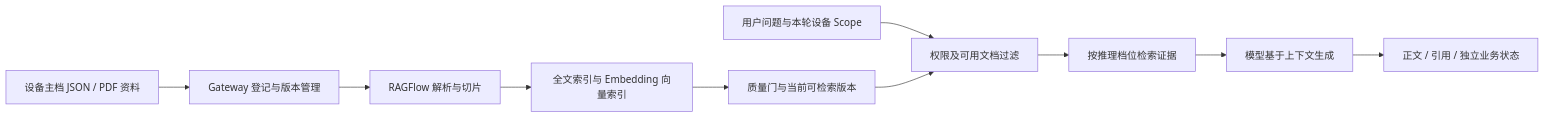
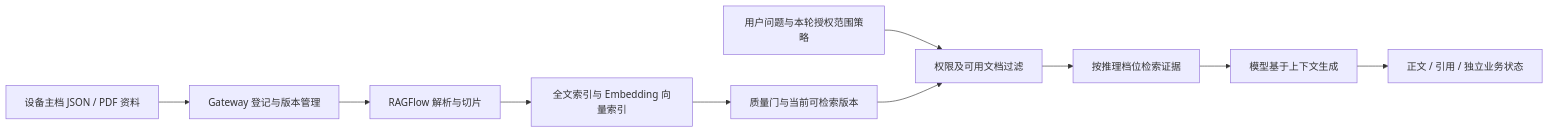
One commit to ZYF77/TYrag changed the first of 7 diagrams in docs/rag-current-guide.md. Above: the diagram before and after it, drawn with Mermaid. The commit also changed other lines of this file and 31 other files, not shown here.

````diff
--- a/docs/rag-current-guide.md
+++ b/docs/rag-current-guide.md
@@ -11,12 +11,12 @@
 ```mermaid
 flowchart LR
   A[设备主档 JSON / PDF 资料] --> B[Gateway 登记与版本管理]
   B --> C[RAGFlow 解析与切片]
   C --> D[全文索引与 Embedding 向量索引]
   D --> E[质量门与当前可检索版本]
-  Q[用户问题与本轮设备 Scope] --> F[权限及可用文档过滤]
+  Q[用户问题与本轮授权范围策略] --> F[权限及可用文档过滤]
   E --> F
   F --> G[按推理档位检索证据]
   G --> H[模型基于上下文生成]
   H --> I[正文 / 引用 / 独立业务状态]
 ```
````
